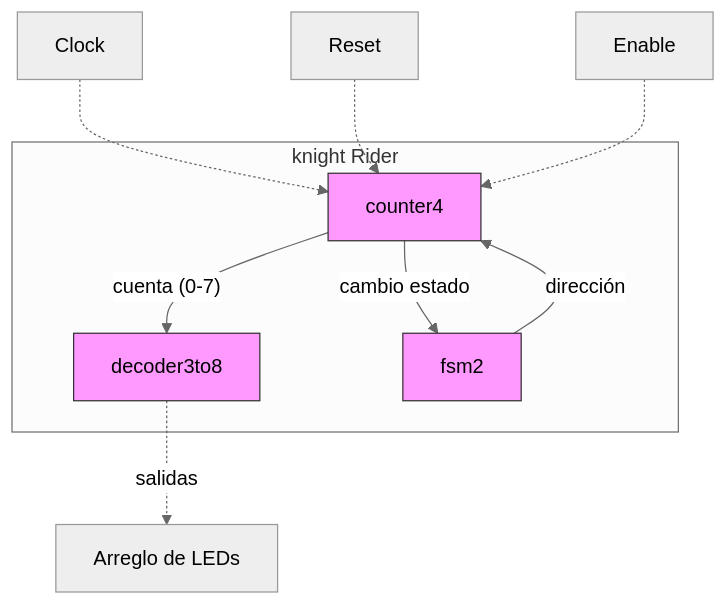
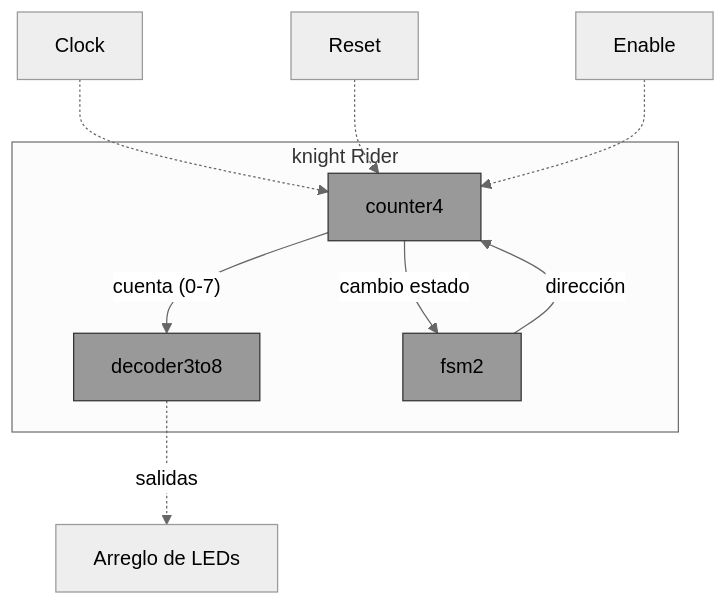
The diagram in Knight_Rider/Readme.md (david-1192/Diseno_Y_Verificacion_Sistemas_Digitales), drawn with Mermaid (neutral theme) before and after one commit.

Commit message:
Corrección Diagrama de bloques

````diff
--- a/Knight_Rider/Readme.md
+++ b/Knight_Rider/Readme.md
@@ -54,19 +54,19 @@
 ```mermaid
 flowchart TD
  subgraph Knight_Rider["knight Rider"]
         D3["decoder3to8"]
         C4["counter4"]
         F2["fsm2"]
   end
     CLK["Clock"] -.-> C4
     RST["Reset"] -.-> C4
     EN["Enable"] -.-> C4
     C4 -- "cuenta (0-7)" --> D3
     F2 -- dirección --> C4
     C4 -- cambio estado --> F2
     D3 -. salidas .-> LEDS["Arreglo de LEDs"]
      D3:::module
      C4:::module
      F2:::module
-    classDef module fill:#f9f,stroke:#333,stroke-width:1px
+    classDef module fill:#999,stroke:#333,stroke-width:1px
 ```
````
